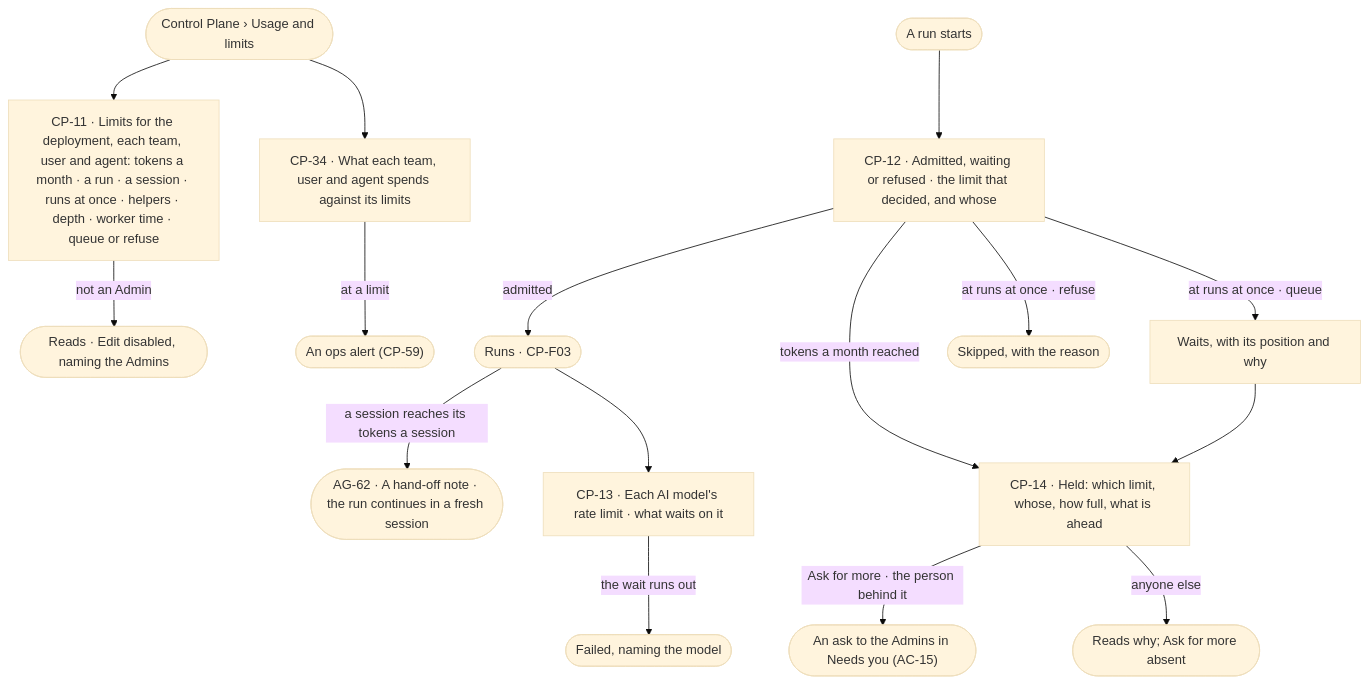
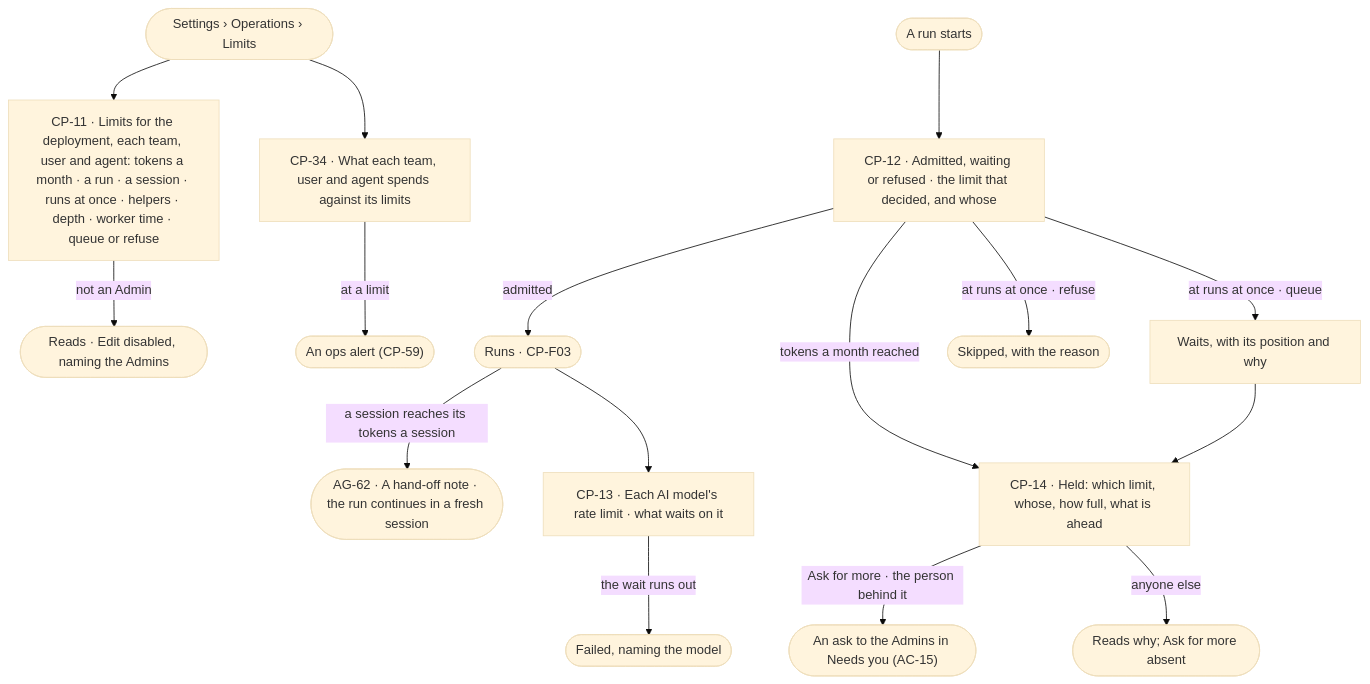
The diagram in specs/os/control/features/CP-F04-limits/feature.md (invana/invana), drawn with Mermaid (base theme) before and after one commit. The commit also changed 106 other files, not shown here.

````diff
--- a/specs/os/control/features/CP-F04-limits/feature.md
+++ b/specs/os/control/features/CP-F04-limits/feature.md
@@ -27,18 +27,18 @@
 ```mermaid
 flowchart TD
-  s([Control Plane › Usage and limits]) --> lim["CP-11 · Limits for the deployment, each team, user and agent: tokens a month · a run · a session · runs at once · helpers · depth · worker time · queue or refuse"]
+  s([Settings › Operations › Limits]) --> lim["CP-11 · Limits for the deployment, each team, user and agent: tokens a month · a run · a session · runs at once · helpers · depth · worker time · queue or refuse"]
   lim -->|not an Admin| ro(["Reads · Edit disabled, naming the Admins"])
   s --> use["CP-34 · What each team, user and agent spends against its limits"]
   use -->|at a limit| al(["An ops alert (CP-59)"])
   start([A run starts]) --> adm["CP-12 · Admitted, waiting or refused · the limit that decided, and whose"]
   adm -->|admitted| go(["Runs · CP-F03"])
   go -->|a session reaches its tokens a session| cont(["AG-62 · A hand-off note · the run continues in a fresh session"])
   adm -->|at runs at once · queue| w["Waits, with its position and why"]
   adm -->|at runs at once · refuse| no(["Skipped, with the reason"])
   adm -->|tokens a month reached| held["CP-14 · Held: which limit, whose, how full, what is ahead"]
   go --> ai["CP-13 · Each AI model's rate limit · what waits on it"]
   ai -->|the wait runs out| f(["Failed, naming the model"])
   w --> held
   held -->|Ask for more · the person behind it| ask(["An ask to the Admins in Needs you (AC-15)"])
   held -->|anyone else| why(["Reads why; Ask for more absent"])
 ```
````
